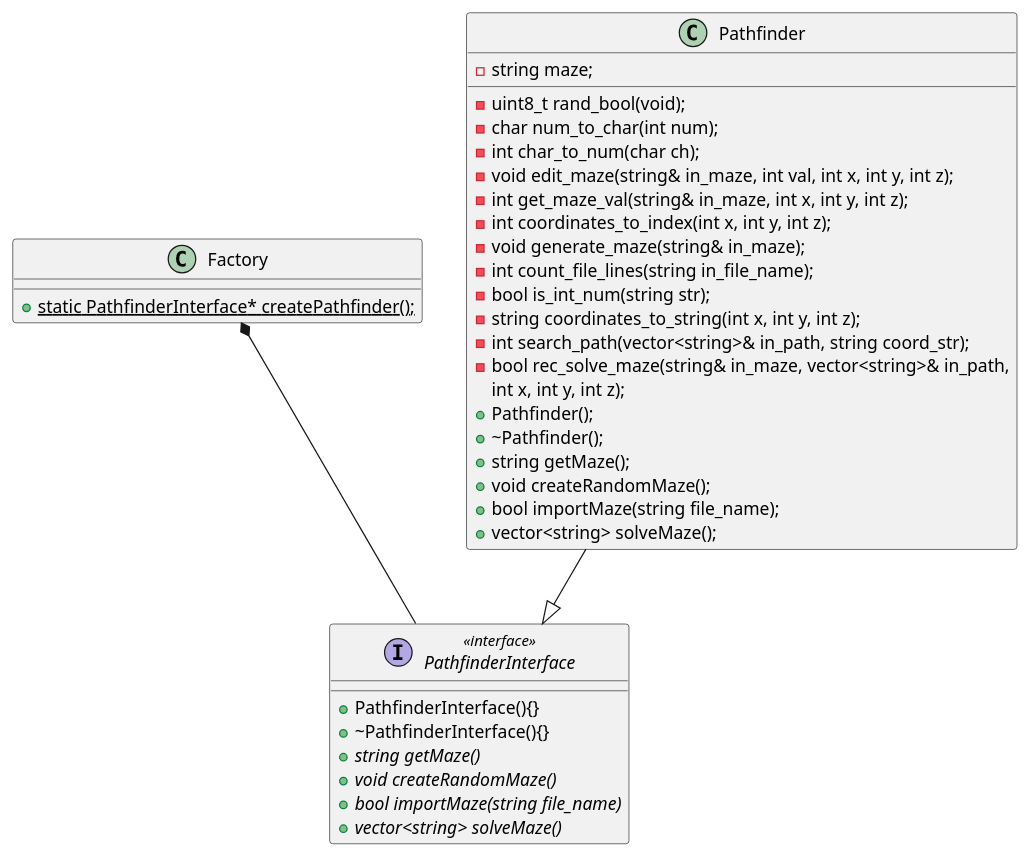
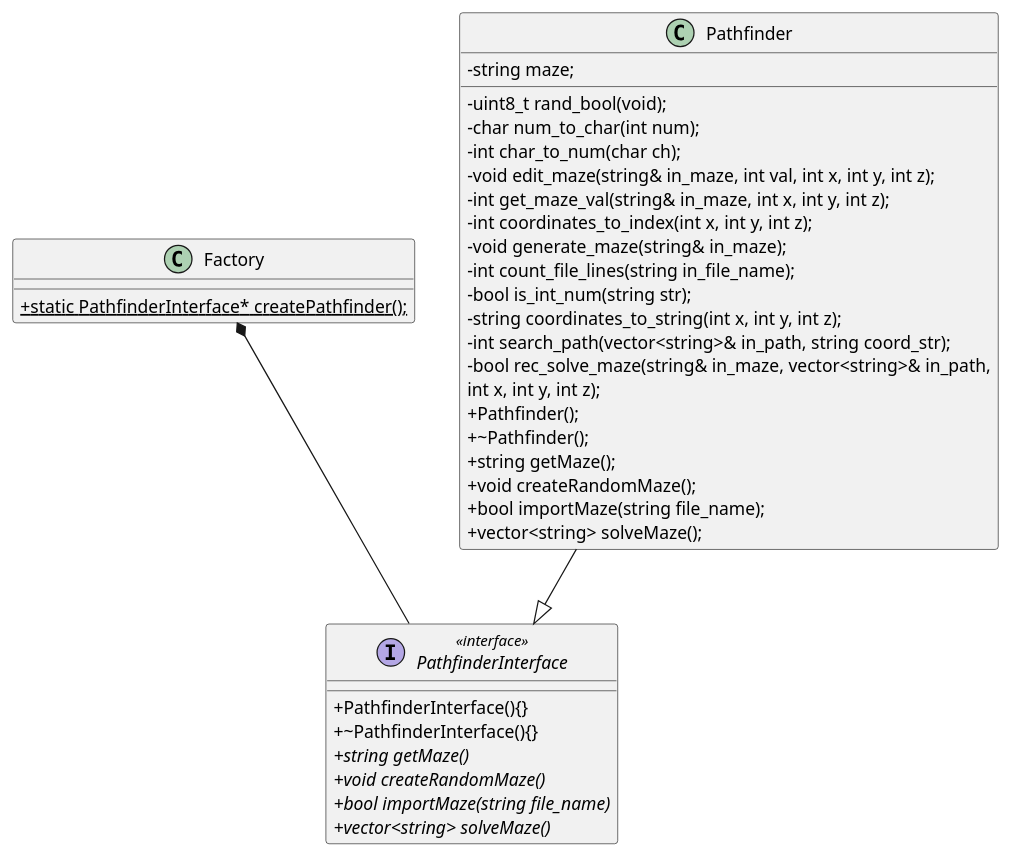
One commit to emdarcher/my_cs_labs changed the diagram in cs235/projects/lab5/lab5.pu. Above: the diagram before and after it, drawn with PlantUML. The commit also changed 1 other file, not shown here.

Commit message:
fixed the UML

```diff
--- a/cs235/projects/lab5/lab5.pu
+++ b/cs235/projects/lab5/lab5.pu
@@ -1,48 +1,49 @@
 @startuml
 
+skinparam classAttributeIconSize 0
 
 class Factory {
     
 	+ {static} static PathfinderInterface* createPathfinder();
     
 }
 
 Factory *-- PathfinderInterface 
 
 interface PathfinderInterface <<interface>> {
     
 		+ PathfinderInterface(){}
 		+ ~PathfinderInterface(){}
 		+ {abstract} string getMaze()
 		+ {abstract} void createRandomMaze()
 		+ {abstract} bool importMaze(string file_name)
 		+ {abstract} vector<string> solveMaze()
 }
 
 Pathfinder --|> PathfinderInterface
 
 class Pathfinder {
     
         - string maze;
         - uint8_t rand_bool(void);
         - char num_to_char(int num);
         - int char_to_num(char ch);
         - void edit_maze(string& in_maze, int val, int x, int y, int z);
         - int get_maze_val(string& in_maze, int x, int y, int z);
         - int coordinates_to_index(int x, int y, int z);
         - void generate_maze(string& in_maze);
         - int count_file_lines(string in_file_name);
         - bool is_int_num(string str);
         - string coordinates_to_string(int x, int y, int z);
         - int search_path(vector<string>& in_path, string coord_str);
         - bool rec_solve_maze(string& in_maze, vector<string>& in_path, 
                 int x, int y, int z);
         + Pathfinder();
         + ~Pathfinder();
-		+ string getMaze();
-		+ void createRandomMaze();
-		+ bool importMaze(string file_name);
-		+ vector<string> solveMaze();
+        + string getMaze();
+        + void createRandomMaze();
+        + bool importMaze(string file_name);
+        + vector<string> solveMaze();
 }
 
 @enduml
```
